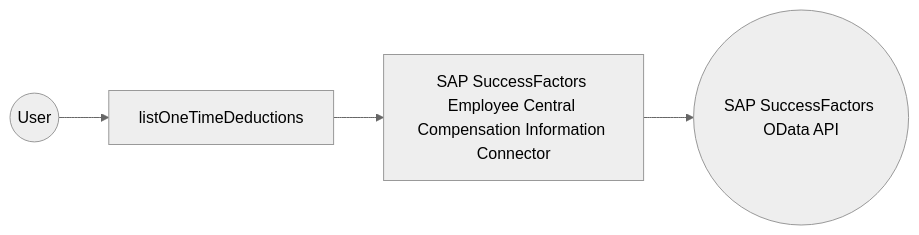
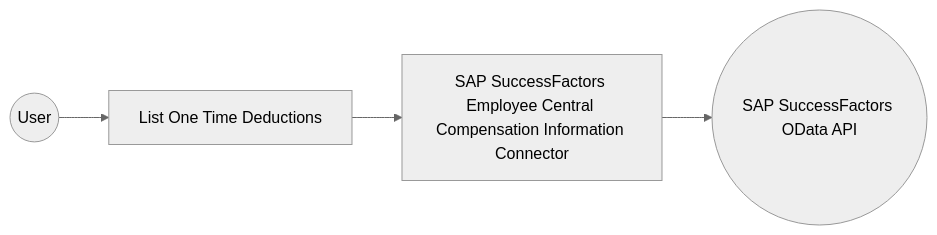
Before and after one commit to wso2/docs-integrator: the diagram in en/docs/connectors/catalog/hrms/sap.successfactors.eccompensationinformation/example.md, drawn with Mermaid (neutral theme). The commit also changed other lines of this file and 6 other files, not shown here.

````diff
--- a/en/docs/connectors/catalog/hrms/sap.successfactors.eccompensationinformation/example.md
+++ b/en/docs/connectors/catalog/hrms/sap.successfactors.eccompensationinformation/example.md
@@ -12,6 +12,6 @@
 ```mermaid
 flowchart LR
-    A((User)) --> B[listOneTimeDeductions]
+    A((User)) --> B[List One Time Deductions]
     B --> C[SAP SuccessFactors Employee Central Compensation Information Connector]
     C --> D((SAP SuccessFactors OData API))
 ```
````
